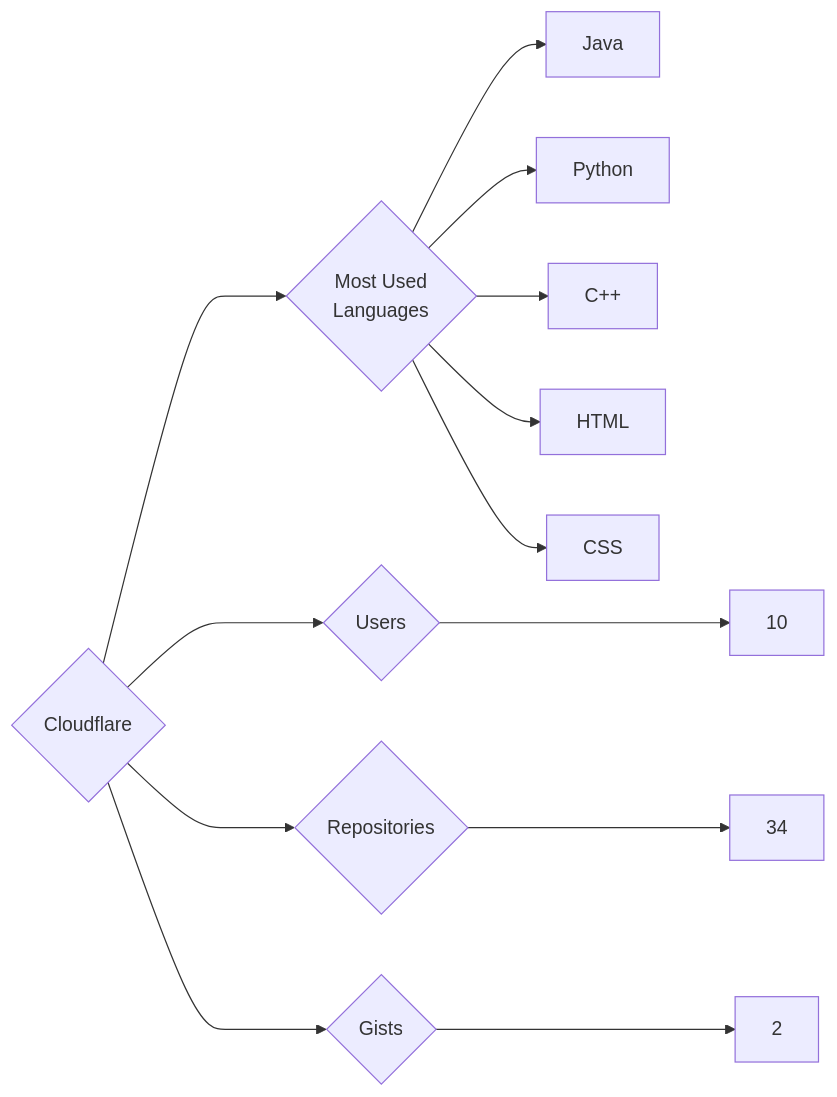
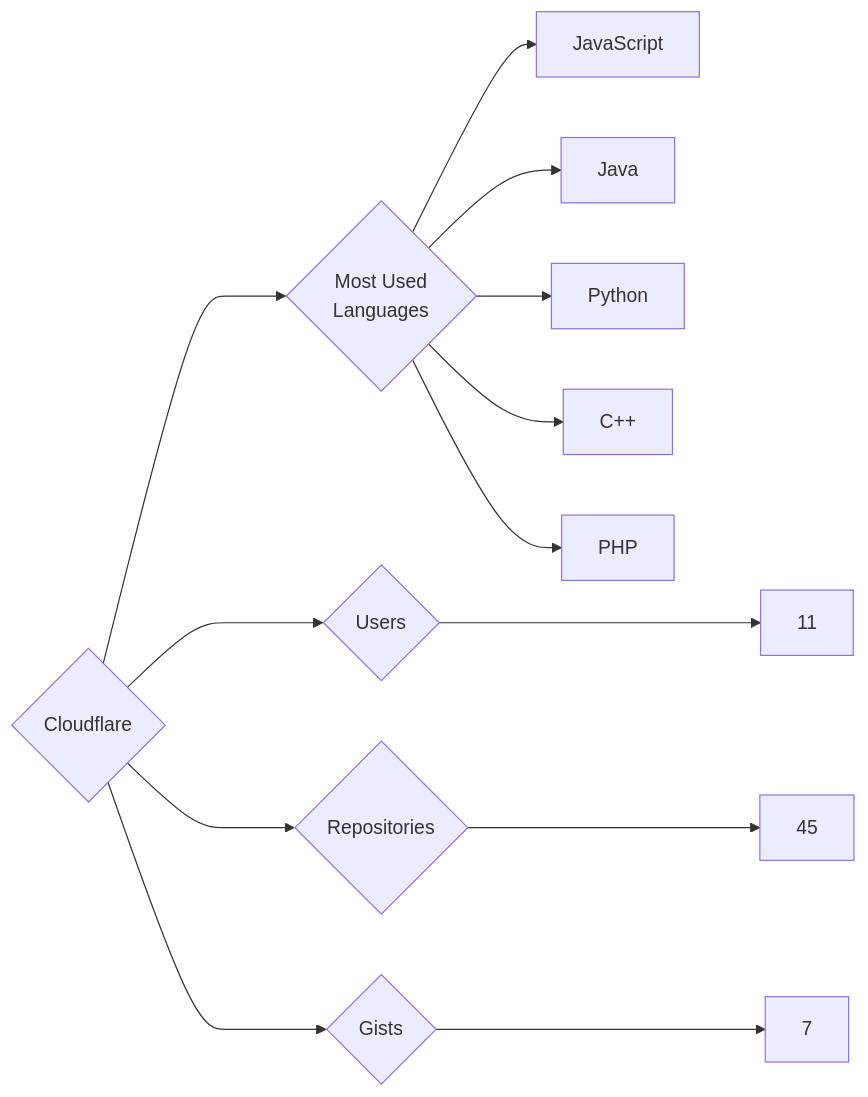
The diagram in targets/Cloudflare/README.md (trickest/insiders), drawn with Mermaid before and after one commit. The commit also changed 1007 other files, not shown here.

````diff
--- a/targets/Cloudflare/README.md
+++ b/targets/Cloudflare/README.md
@@ -3,13 +3,13 @@
 ```mermaid
 graph LR
 COMPANY_NAME{Cloudflare}
-COMPANY_NAME ---> U{Users} ---> UN[10]
-COMPANY_NAME ---> R{Repositories} ---> RN[34]
-COMPANY_NAME ---> G{Gists} ---> GN[2]
+COMPANY_NAME ---> U{Users} ---> UN[11]
+COMPANY_NAME ---> R{Repositories} ---> RN[45]
+COMPANY_NAME ---> G{Gists} ---> GN[7]
 COMPANY_NAME ---> ML{Most Used<br>Languages}
+ML --> JavaScript[JavaScript]
 ML --> Java[Java]
 ML --> Python[Python]
 ML --> C++[C++]
-ML --> HTML[HTML]
-ML --> CSS[CSS]
+ML --> PHP[PHP]
 ```
````
